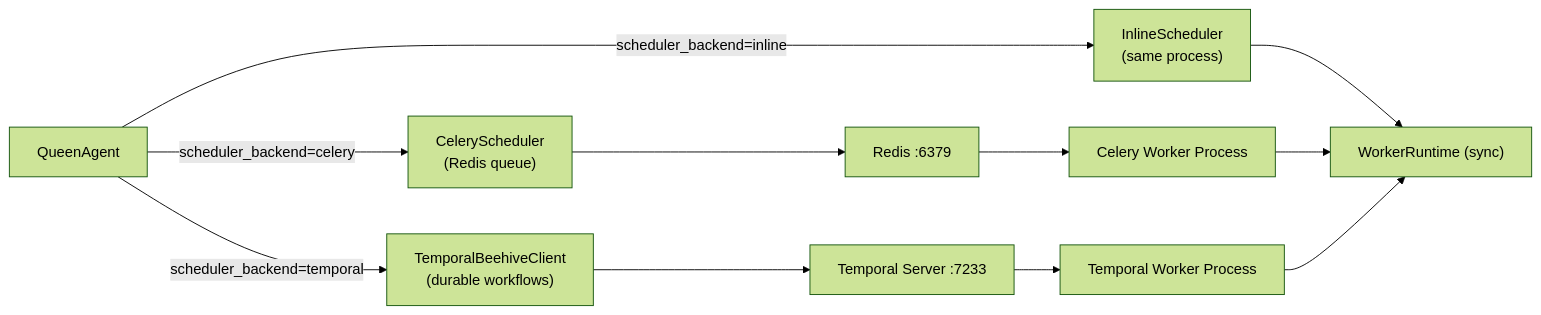
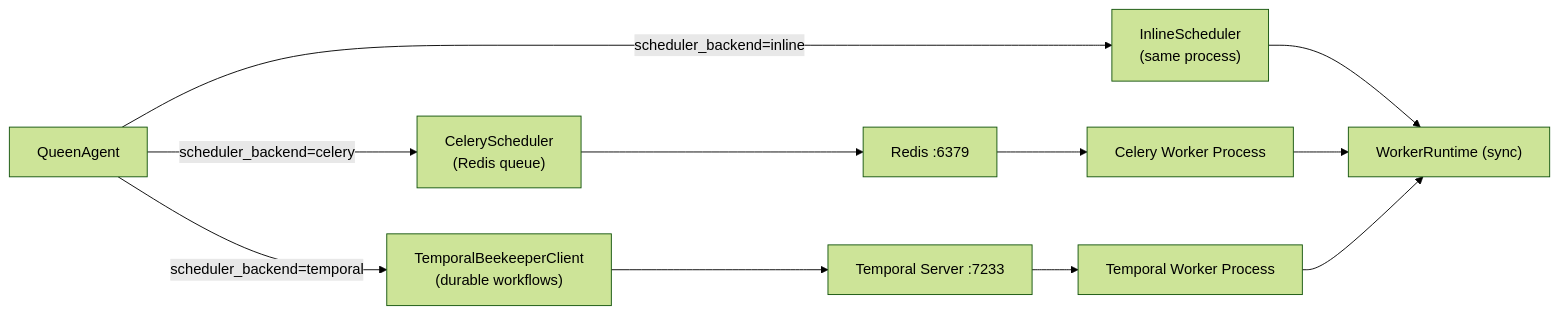
The fifth of 6 diagrams in architecture/02_system_diagram.md (Anmolnoor/beekeeper), drawn with Mermaid (forest theme) before and after one commit. The commit also changed other lines of this file and 97 other files, not shown here.

First line of the commit message:
Rename beehive→beekeeper and fix Queen LLM routing

````diff
--- a/architecture/02_system_diagram.md
+++ b/architecture/02_system_diagram.md
@@ -189,12 +189,12 @@
 ```mermaid
 graph LR
     QUEEN["QueenAgent"] -->|"scheduler_backend=inline"| IS["InlineScheduler\n(same process)"]
     QUEEN -->|"scheduler_backend=celery"| CS["CeleryScheduler\n(Redis queue)"]
-    QUEEN -->|"scheduler_backend=temporal"| TS["TemporalBeehiveClient\n(durable workflows)"]
+    QUEEN -->|"scheduler_backend=temporal"| TS["TemporalBeekeeperClient\n(durable workflows)"]
 
     IS --> WR["WorkerRuntime (sync)"]
     CS --> REDIS["Redis :6379"] --> CELERY["Celery Worker Process"]
     CELERY --> WR
     TS --> TEMPORAL["Temporal Server :7233"] --> TWORKER["Temporal Worker Process"]
     TWORKER --> WR
 ```
````
